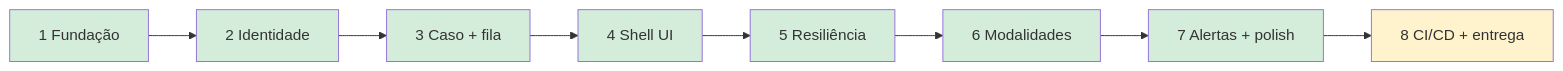
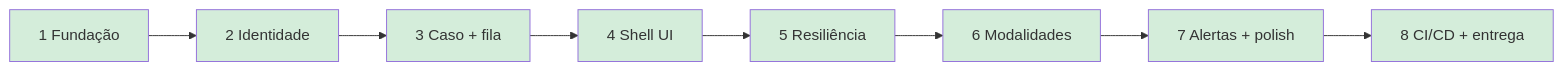
Before and after one commit to vinicius707/tech-challenge-fase-4-8IADT: the seventh of 7 diagrams in docs/architecture.md, drawn with Mermaid. The commit also changed other lines of this file and 6 other files, not shown here.

````diff
--- a/docs/architecture.md
+++ b/docs/architecture.md
@@ -206,19 +206,19 @@
 ```mermaid
 flowchart LR
   E1[1 Fundação] --> E2[2 Identidade]
   E2 --> E3[3 Caso + fila]
   E3 --> E4[4 Shell UI]
   E4 --> E5[5 Resiliência]
   E5 --> E6[6 Modalidades]
   E6 --> E7[7 Alertas + polish]
   E7 --> E8[8 CI/CD + entrega]
 
   style E1 fill:#d4edda
   style E2 fill:#d4edda
   style E3 fill:#d4edda
   style E4 fill:#d4edda
   style E5 fill:#d4edda
   style E6 fill:#d4edda
   style E7 fill:#d4edda
-  style E8 fill:#fff3cd
+  style E8 fill:#d4edda
 ```
````
